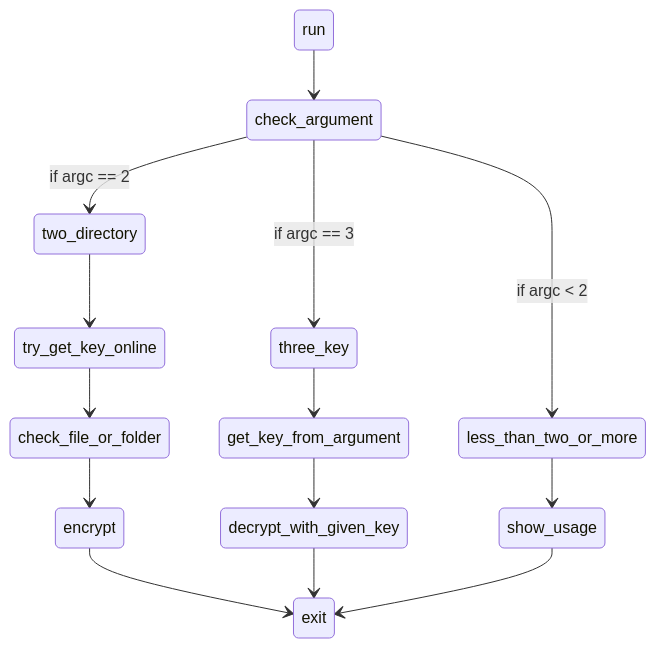
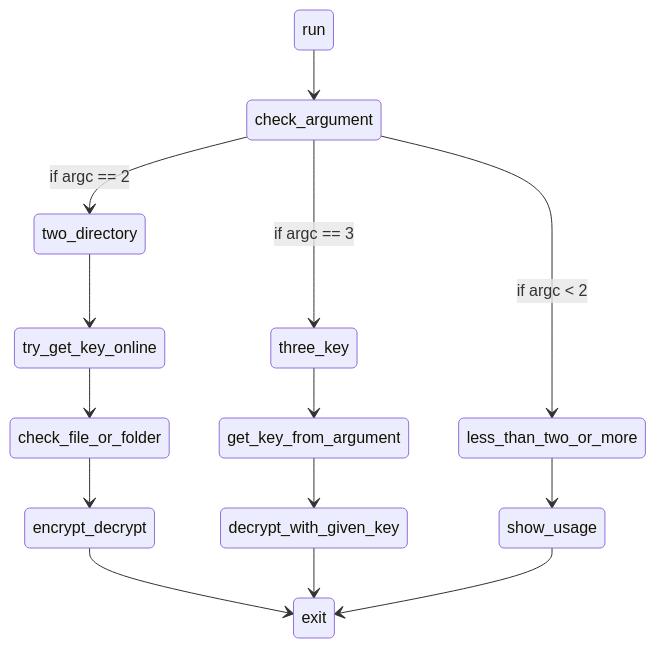
Before and after one commit to 4zv4l/ransomware: the diagram in doc/doc.md, drawn with Mermaid. The commit also changed 1 other file, not shown here.

Commit message:
change readme to look like the doc

````diff
--- a/doc/doc.md
+++ b/doc/doc.md
@@ -21,16 +21,16 @@
 ```mermaid
 stateDiagram-v2	
  	run --> check_argument
     check_argument --> less_than_two_or_more: if argc < 2
     less_than_two_or_more --> show_usage
     check_argument --> two_directory: if argc == 2
     two_directory --> try_get_key_online
     try_get_key_online --> check_file_or_folder
-    check_file_or_folder --> encrypt
-    encrypt --> exit
+    check_file_or_folder --> encrypt_decrypt
+    encrypt_decrypt --> exit
 	check_argument --> three_key: if argc == 3
 	three_key --> get_key_from_argument
 	get_key_from_argument --> decrypt_with_given_key
 	decrypt_with_given_key --> exit
 	show_usage --> exit
 ```
````
